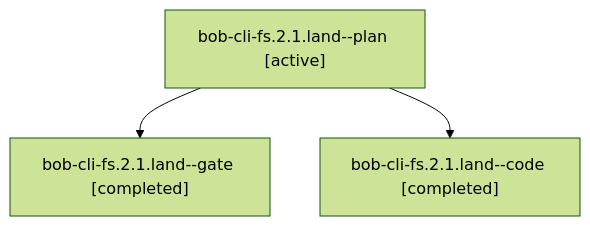
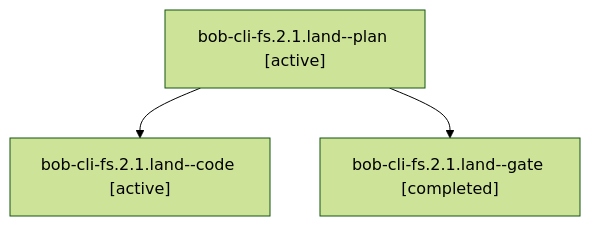
Before and after one commit to bobs-org/bob-cli--agents: the diagram in sessions/bbugyi200.athena.bob-cli-fs.2.1.land.md, drawn with Mermaid (forest theme). The commit also changed other lines of this file and 47 other files, not shown here.

````diff
--- a/sessions/bbugyi200.athena.bob-cli-fs.2.1.land.md
+++ b/sessions/bbugyi200.athena.bob-cli-fs.2.1.land.md
@@ -9,8 +9,8 @@
 ```mermaid
 flowchart TD
   n0["bob-cli-fs.2.1.land--plan [active]"]
-  n1["bob-cli-fs.2.1.land--gate [completed]"]
+  n1["bob-cli-fs.2.1.land--code [active]"]
   n0 --> n1
-  n2["bob-cli-fs.2.1.land--code [completed]"]
+  n2["bob-cli-fs.2.1.land--gate [completed]"]
   n0 --> n2
 ```
````
